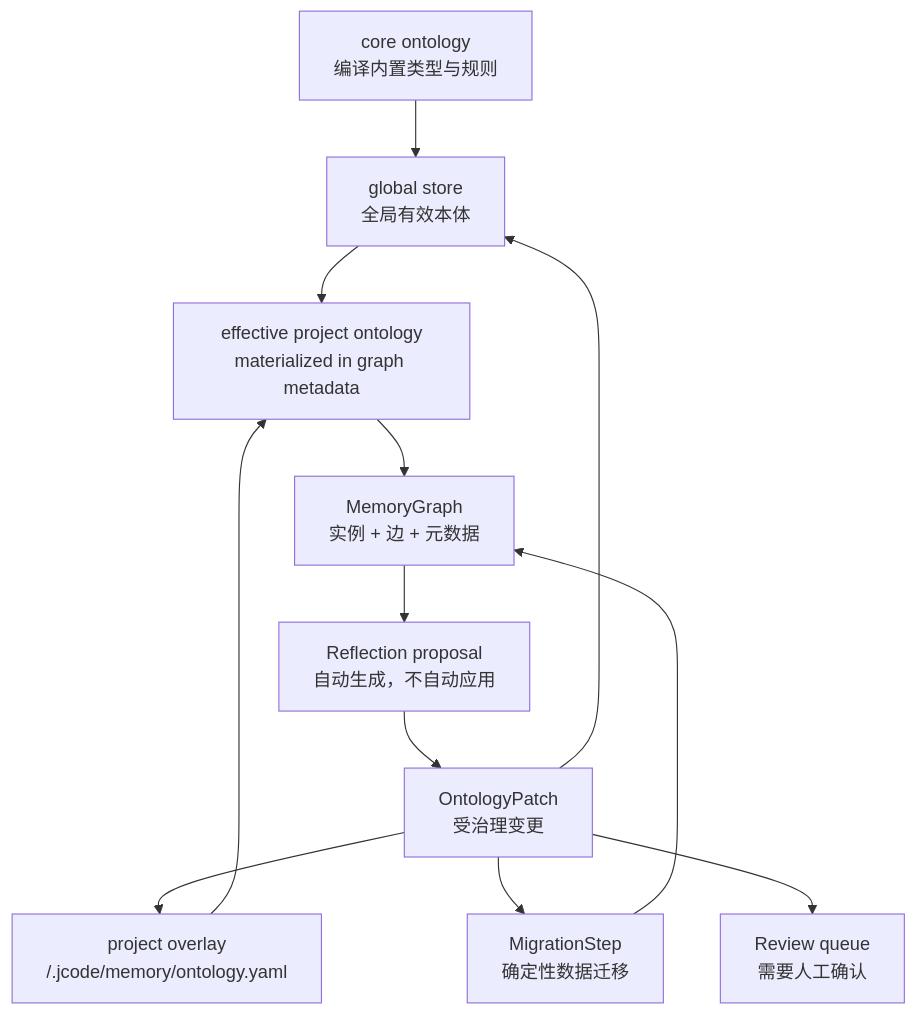
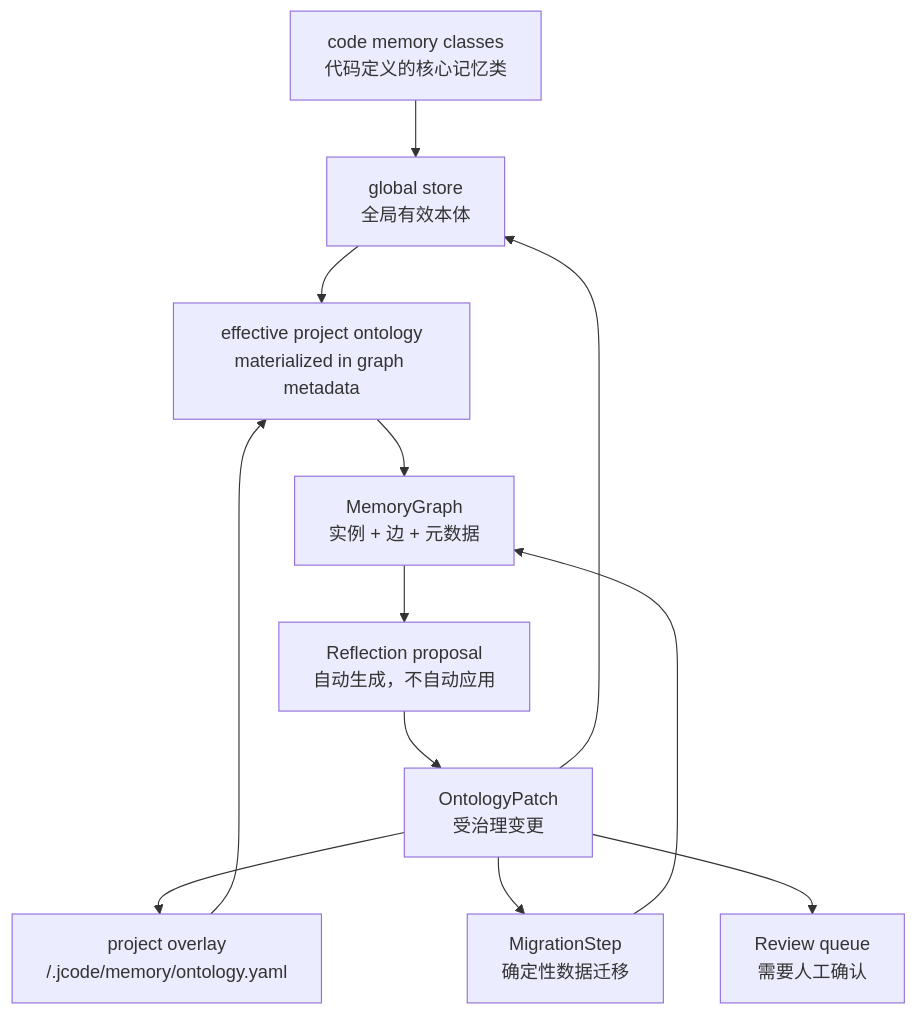
The first of 3 diagrams in docs/MEMORY_ONTOLOGY_DESIGN.zh.md (orlfly/jcode), drawn with Mermaid before and after one commit. The commit also changed other lines of this file and 12 other files, not shown here.

First line of the commit message:
Store business concepts in the ontology, not memory classes

````diff
--- a/docs/MEMORY_ONTOLOGY_DESIGN.zh.md
+++ b/docs/MEMORY_ONTOLOGY_DESIGN.zh.md
@@ -34,24 +34,24 @@
 ```mermaid
 flowchart TB
-    Core["core ontology<br/>编译内置类型与规则"]
+    Core["code memory classes<br/>代码定义的核心记忆类"]
     Global["global store<br/>全局有效本体"]
     Project["project overlay<br/><repo>/.jcode/memory/ontology.yaml"]
     Effective["effective project ontology<br/>materialized in graph metadata"]
     Graph["MemoryGraph<br/>实例 + 边 + 元数据"]
     Patch["OntologyPatch<br/>受治理变更"]
     Migrations["MigrationStep<br/>确定性数据迁移"]
     Review["Review queue<br/>需要人工确认"]
     Proposal["Reflection proposal<br/>自动生成，不自动应用"]
 
     Core --> Global
     Global --> Effective
     Project --> Effective
     Effective --> Graph
     Patch --> Global
     Patch --> Project
     Patch --> Migrations
     Migrations --> Graph
     Patch --> Review
     Graph --> Proposal
     Proposal --> Patch
 ```
````
